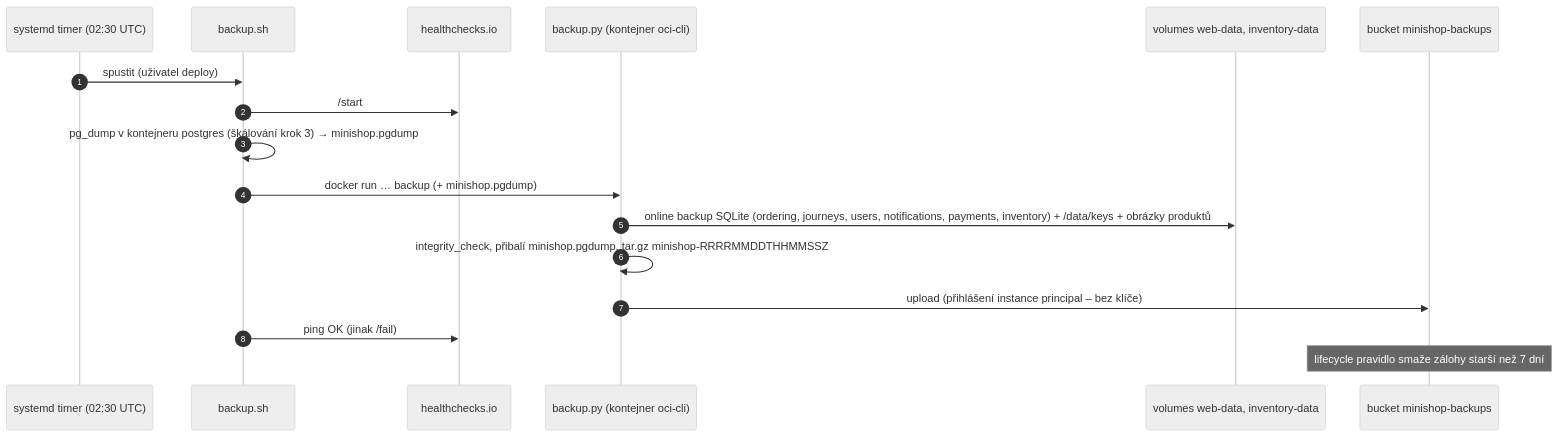
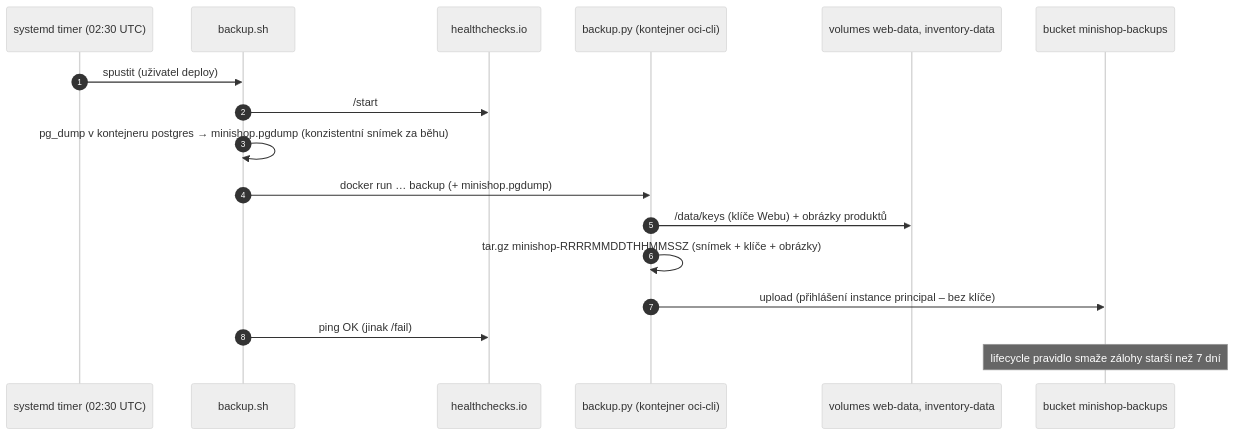
One commit to ftichy/MiniShop changed the first of 2 diagrams in docs/prirucka/nasazeni/zalohy.md. Above: the diagram before and after it, drawn with Mermaid (neutral theme). The commit also changed other lines of this file and 248 other files, not shown here.

````diff
--- a/docs/prirucka/nasazeni/zalohy.md
+++ b/docs/prirucka/nasazeni/zalohy.md
@@ -12,20 +12,20 @@
 ```mermaid
 sequenceDiagram
     autonumber
     participant T as systemd timer (02:30 UTC)
     participant S as backup.sh
     participant HC as healthchecks.io
     participant P as backup.py (kontejner oci-cli)
     participant V as volumes web-data, inventory-data
     participant B as bucket minishop-backups
 
     T->>S: spustit (uživatel deploy)
     S->>HC: /start
-    S->>S: pg_dump v kontejneru postgres (škálování krok 3) → minishop.pgdump
+    S->>S: pg_dump v kontejneru postgres → minishop.pgdump (konzistentní snímek za běhu)
     S->>P: docker run … backup (+ minishop.pgdump)
-    P->>V: online backup SQLite (ordering, journeys, users, notifications, payments, inventory) + /data/keys + obrázky produktů
-    P->>P: integrity_check, přibalí minishop.pgdump, tar.gz minishop-RRRRMMDDTHHMMSSZ
+    P->>V: /data/keys (klíče Webu) + obrázky produktů
+    P->>P: tar.gz minishop-RRRRMMDDTHHMMSSZ (snímek + klíče + obrázky)
     P->>B: upload (přihlášení instance principal – bez klíče)
     S->>HC: ping OK (jinak /fail)
     Note over B: lifecycle pravidlo smaže zálohy starší než 7 dní
 ```
````
